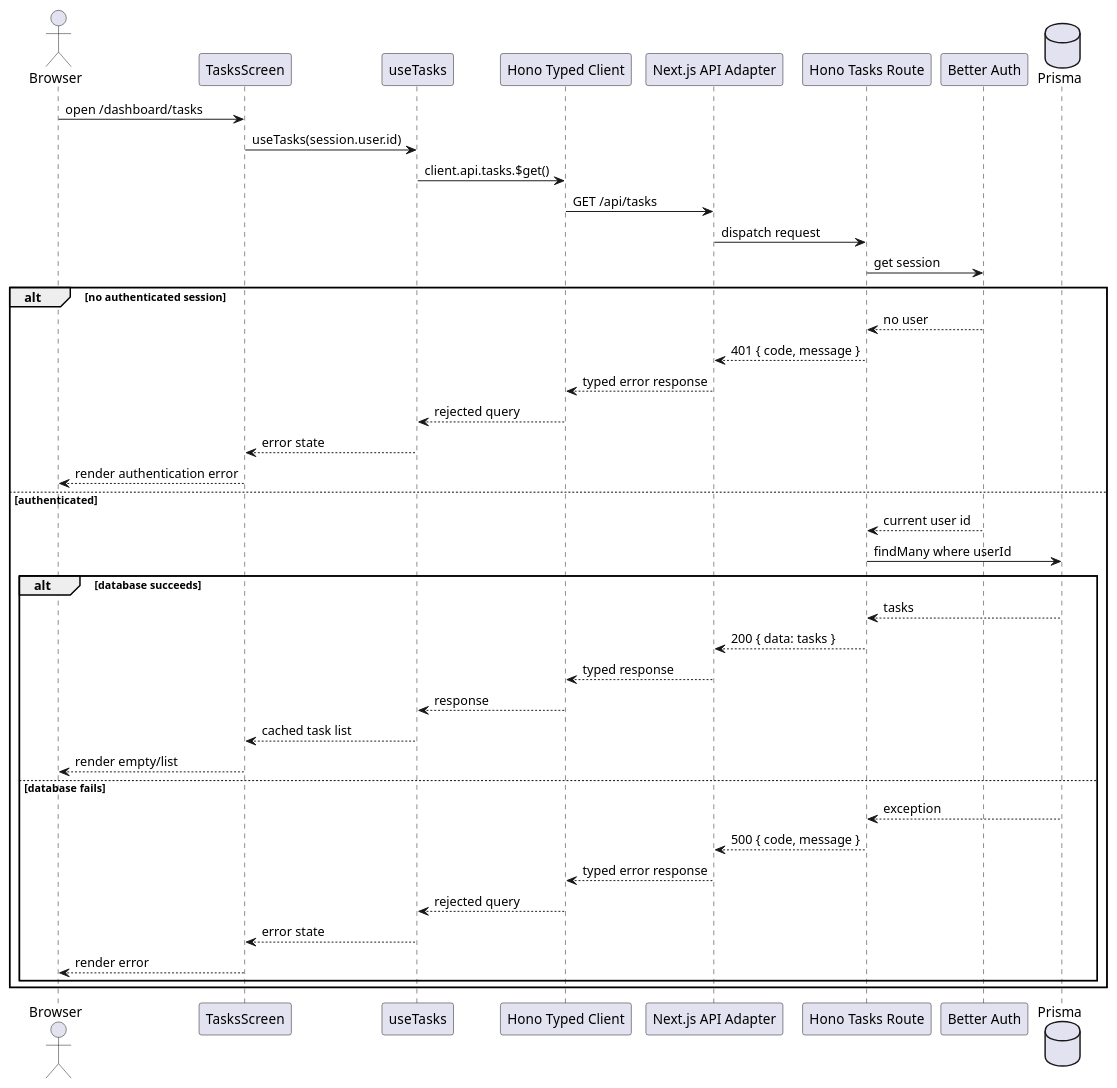
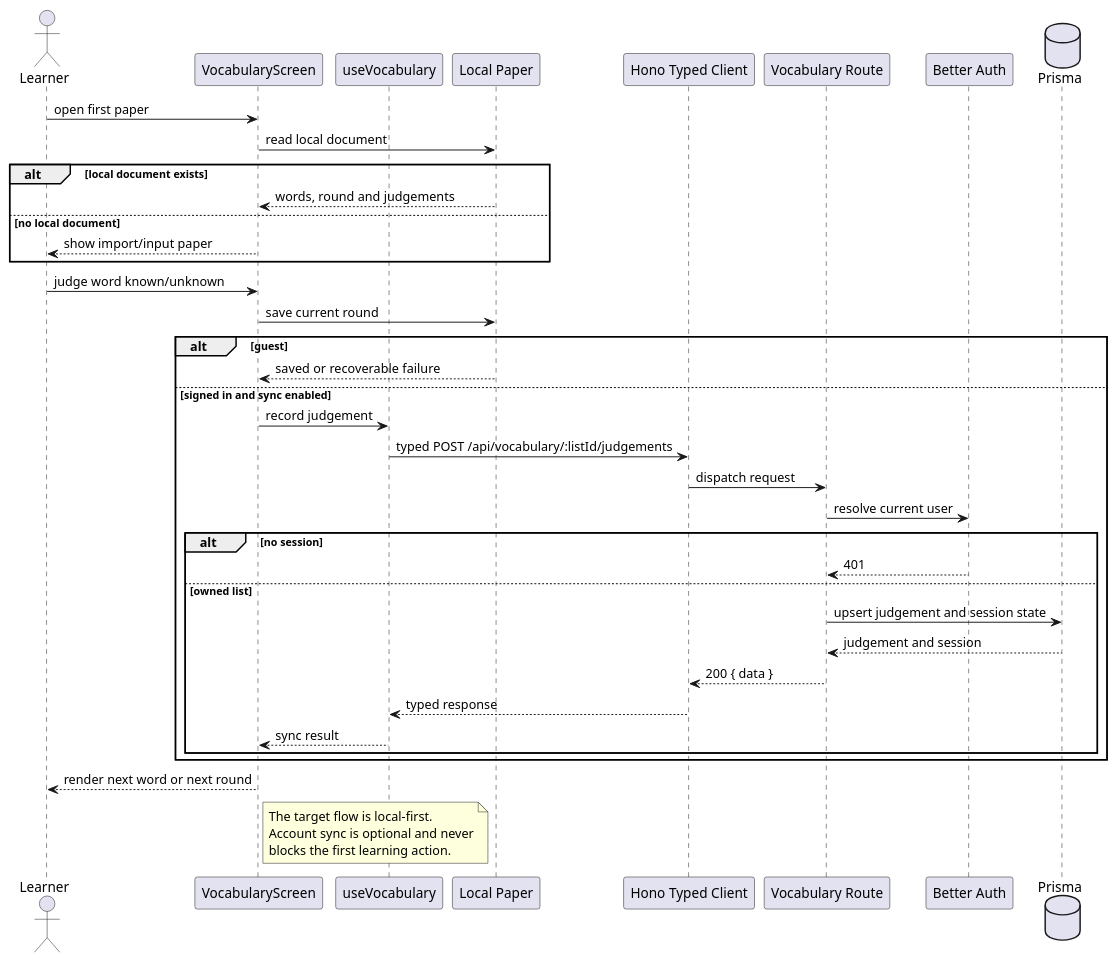
One commit to morewhyhan/whitepaper-english changed the diagram in docs/designs/sequence.puml. Above: the diagram before and after it, drawn with PlantUML. The commit also changed 82 other files, not shown here.

```diff
--- a/docs/designs/sequence.puml
+++ b/docs/designs/sequence.puml
@@ -1,43 +1,45 @@
 @startuml
-actor Browser
-participant "TasksScreen" as Screen
-participant "useTasks" as Hook
+actor Learner
+participant "VocabularyScreen" as Screen
+participant "useVocabulary" as Hook
+participant "Local Paper" as Local
 participant "Hono Typed Client" as Client
-participant "Next.js API Adapter" as Adapter
-participant "Hono Tasks Route" as Route
+participant "Vocabulary Route" as Route
 participant "Better Auth" as Auth
 database Prisma
 
-Browser -> Screen : open /dashboard/tasks
-Screen -> Hook : useTasks(session.user.id)
-Hook -> Client : client.api.tasks.$get()
-Client -> Adapter : GET /api/tasks
-Adapter -> Route : dispatch request
-Route -> Auth : get session
-alt no authenticated session
-  Auth --> Route : no user
-  Route --> Adapter : 401 { code, message }
-  Adapter --> Client : typed error response
-  Client --> Hook : rejected query
-  Hook --> Screen : error state
-  Screen --> Browser : render authentication error
-else authenticated
-  Auth --> Route : current user id
-  Route -> Prisma : findMany where userId
-  alt database succeeds
-    Prisma --> Route : tasks
-    Route --> Adapter : 200 { data: tasks }
-    Adapter --> Client : typed response
-    Client --> Hook : response
-    Hook --> Screen : cached task list
-    Screen --> Browser : render empty/list
-  else database fails
-    Prisma --> Route : exception
-    Route --> Adapter : 500 { code, message }
-    Adapter --> Client : typed error response
-    Client --> Hook : rejected query
-    Hook --> Screen : error state
-    Screen --> Browser : render error
+Learner -> Screen : open first paper
+Screen -> Local : read local document
+alt local document exists
+  Local --> Screen : words, round and judgements
+else no local document
+  Screen --> Learner : show import/input paper
+end
+
+Learner -> Screen : judge word known/unknown
+Screen -> Local : save current round
+alt guest
+  Local --> Screen : saved or recoverable failure
+else signed in and sync enabled
+  Screen -> Hook : record judgement
+  Hook -> Client : typed POST /api/vocabulary/:listId/judgements
+  Client -> Route : dispatch request
+  Route -> Auth : resolve current user
+  alt no session
+    Auth --> Route : 401
+  else owned list
+    Route -> Prisma : upsert judgement and session state
+    Prisma --> Route : judgement and session
+    Route --> Client : 200 { data }
+    Client --> Hook : typed response
+    Hook --> Screen : sync result
   end
 end
+
+Screen --> Learner : render next word or next round
+note right of Screen
+  The target flow is local-first.
+  Account sync is optional and never
+  blocks the first learning action.
+end note
 @enduml
```
